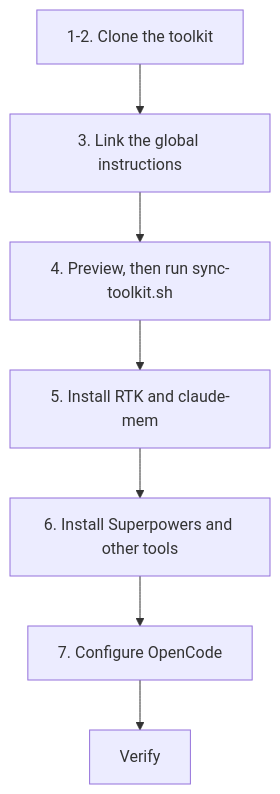
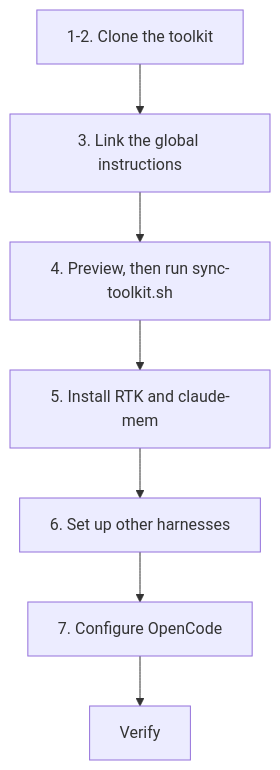
One commit to carlosboeing/agentic-toolkit changed the diagram in guides/guide-new-machine-setup.md. Above: the diagram before and after it, drawn with Mermaid. The commit also changed other lines of this file and 49 other files, not shown here.

````diff
--- a/guides/guide-new-machine-setup.md
+++ b/guides/guide-new-machine-setup.md
@@ -30,9 +29,9 @@
 ```mermaid
 flowchart TB
     Clone["1-2. Clone the toolkit"] --> Instructions["3. Link the global instructions"]
     Instructions --> Sync["4. Preview, then run sync-toolkit.sh"]
     Sync --> Tools["5. Install RTK and claude-mem"]
-    Tools --> Plugins["6. Install Superpowers and other tools"]
+    Tools --> Plugins["6. Set up other harnesses"]
     Plugins --> OpenCode["7. Configure OpenCode"]
     OpenCode --> Verify["Verify"]
 ```
````
